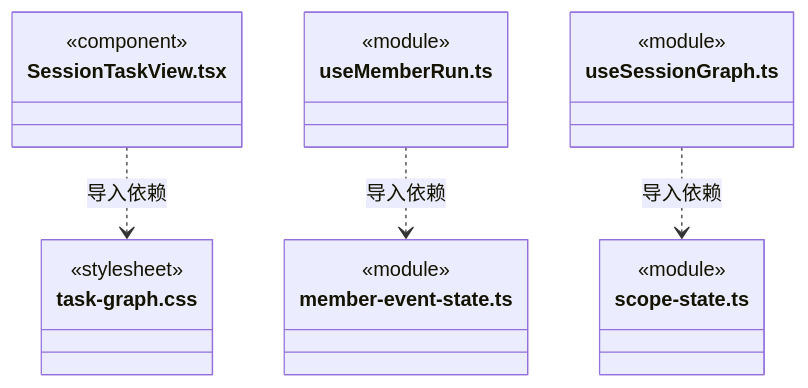
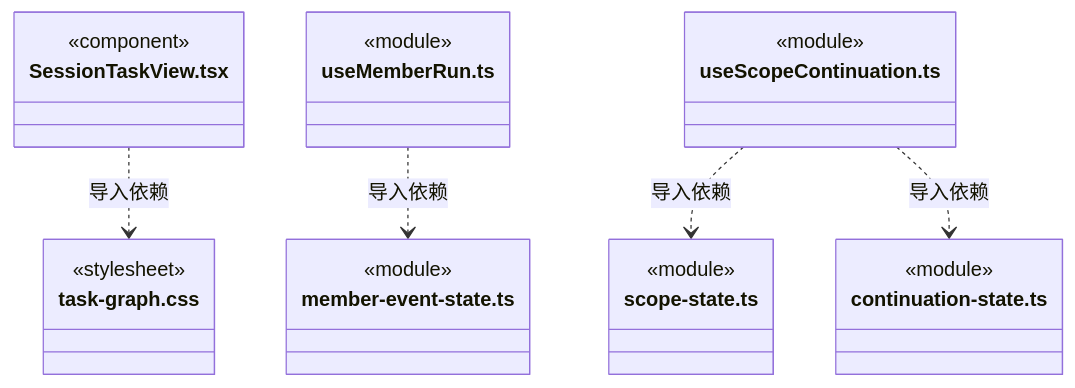
Before and after one commit to nan023062/cbim: diagram 36 of 38 in src/frontend/tasks/ARCHITECTURE.md, drawn with Mermaid. The commit also changed other lines of this file and 60 other files, not shown here.

````diff
--- a/src/frontend/tasks/ARCHITECTURE.md
+++ b/src/frontend/tasks/ARCHITECTURE.md
@@ -532,24 +736,28 @@
 ```mermaid
 classDiagram
 class N_src_frontend_tasks_SessionTaskView_tsx["SessionTaskView.tsx"] {
   <<component>>
 }
 class N_src_frontend_tasks_task_graph_css["task-graph.css"] {
   <<stylesheet>>
 }
 class N_src_frontend_tasks_useMemberRun_ts["useMemberRun.ts"] {
   <<module>>
 }
 class N_src_frontend_tasks_member_event_state_ts["member-event-state.ts"] {
   <<module>>
 }
-class N_src_frontend_tasks_useSessionGraph_ts["useSessionGraph.ts"] {
+class N_src_frontend_tasks_useScopeContinuation_ts["useScopeContinuation.ts"] {
   <<module>>
 }
 class N_src_frontend_tasks_scope_state_ts["scope-state.ts"] {
   <<module>>
 }
+class N_src_frontend_tasks_continuation_state_ts["continuation-state.ts"] {
+  <<module>>
+}
 N_src_frontend_tasks_SessionTaskView_tsx ..> N_src_frontend_tasks_task_graph_css : 导入依赖
 N_src_frontend_tasks_useMemberRun_ts ..> N_src_frontend_tasks_member_event_state_ts : 导入依赖
-N_src_frontend_tasks_useSessionGraph_ts ..> N_src_frontend_tasks_scope_state_ts : 导入依赖
+N_src_frontend_tasks_useScopeContinuation_ts ..> N_src_frontend_tasks_scope_state_ts : 导入依赖
+N_src_frontend_tasks_useScopeContinuation_ts ..> N_src_frontend_tasks_continuation_state_ts : 导入依赖
 ```
````
